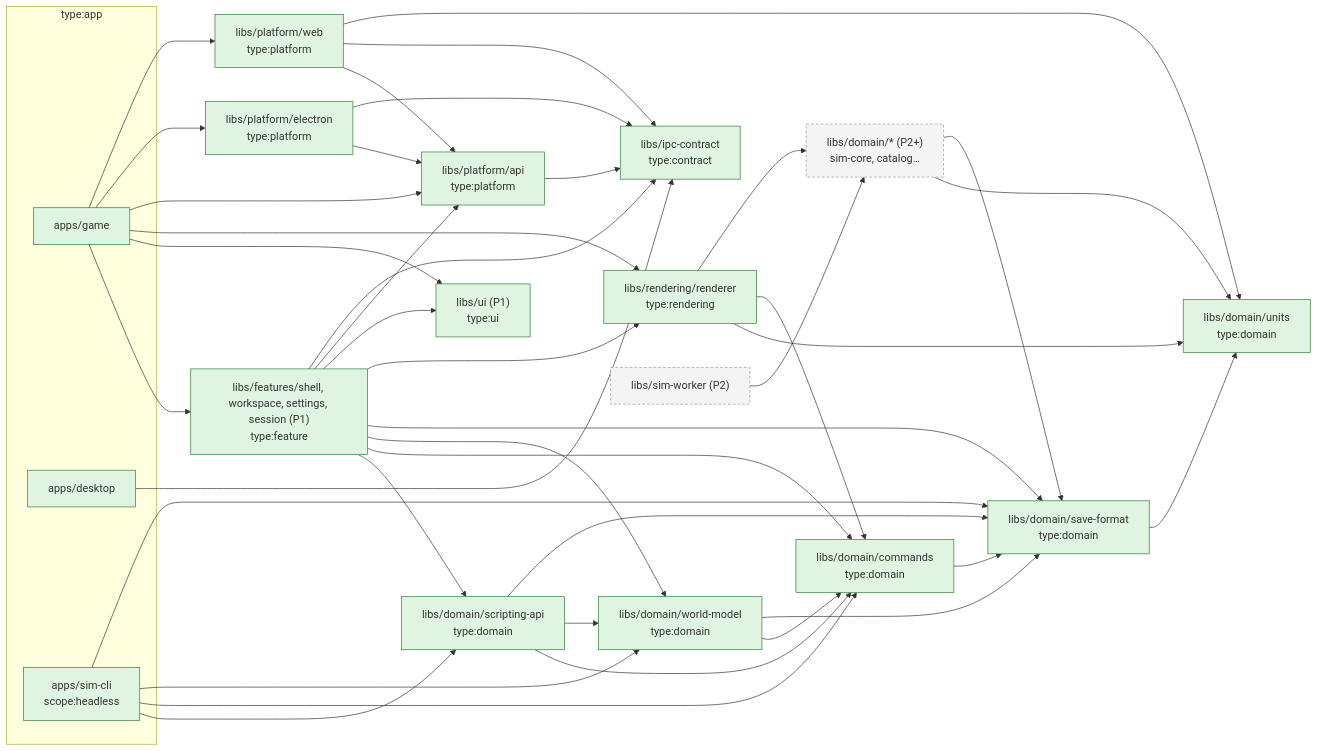
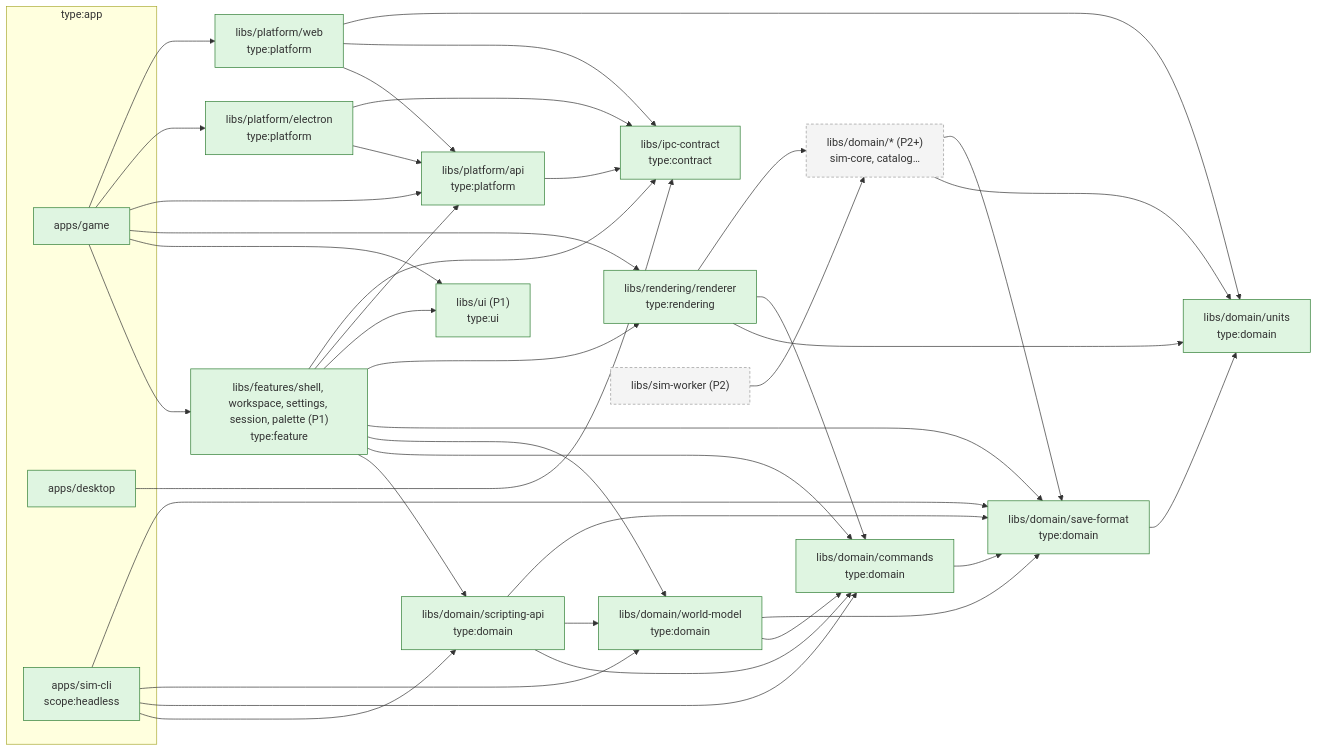
One commit to joebarbere/controls changed the second of 3 diagrams in docs/architecture/overview.md. Above: the diagram before and after it, drawn with Mermaid. The commit also changed other lines of this file and 56 other files, not shown here.

````diff
--- a/docs/architecture/overview.md
+++ b/docs/architecture/overview.md
@@ -65,42 +67,42 @@
 ```mermaid
 flowchart LR
     classDef p0 fill:#dff5e1,stroke:#2e7d32;
     classDef later fill:#f4f4f4,stroke:#999,stroke-dasharray: 4 3;
 
     subgraph apps["type:app"]
         GAME["apps/game"]:::p0
         DESK["apps/desktop"]:::p0
         SIMCLI["apps/sim-cli<br/>scope:headless"]:::p0
     end
 
-    FEAT["libs/features/shell, workspace, settings, session (P1)<br/>type:feature"]:::p0
+    FEAT["libs/features/shell, workspace, settings, session, palette (P1)<br/>type:feature"]:::p0
     UI["libs/ui (P1)<br/>type:ui"]:::p0
     REND["libs/rendering/renderer<br/>type:rendering"]:::p0
     PAPI["libs/platform/api<br/>type:platform"]:::p0
     PEL["libs/platform/electron<br/>type:platform"]:::p0
     PWEB["libs/platform/web<br/>type:platform"]:::p0
     IPC["libs/ipc-contract<br/>type:contract"]:::p0
     UNITS["libs/domain/units<br/>type:domain"]:::p0
     SF["libs/domain/save-format<br/>type:domain"]:::p0
     CMDS["libs/domain/commands<br/>type:domain"]:::p0
     WM["libs/domain/world-model<br/>type:domain"]:::p0
     SAPI["libs/domain/scripting-api<br/>type:domain"]:::p0
     DOM["libs/domain/* (P2+)<br/>sim-core, catalog…"]:::later
     WORKER["libs/sim-worker (P2)"]:::later
 
     GAME --> FEAT & UI & REND & PAPI & PEL & PWEB
     DESK --> IPC
     SIMCLI --> SAPI & CMDS & WM & SF
     FEAT --> SAPI & CMDS & WM & SF & REND & UI & PAPI & IPC
     REND --> UNITS & CMDS & DOM
     PAPI --> IPC
     PEL --> PAPI & IPC
     PWEB --> PAPI & IPC & UNITS
     WORKER --> DOM
     DOM --> UNITS
     SF --> UNITS
     CMDS --> SF
     WM --> CMDS & SF
     SAPI --> CMDS & WM & SF
     DOM --> SF
 ```
````
